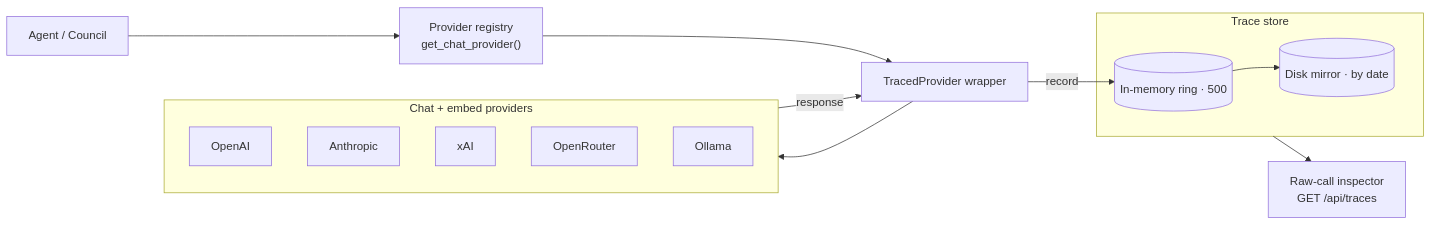
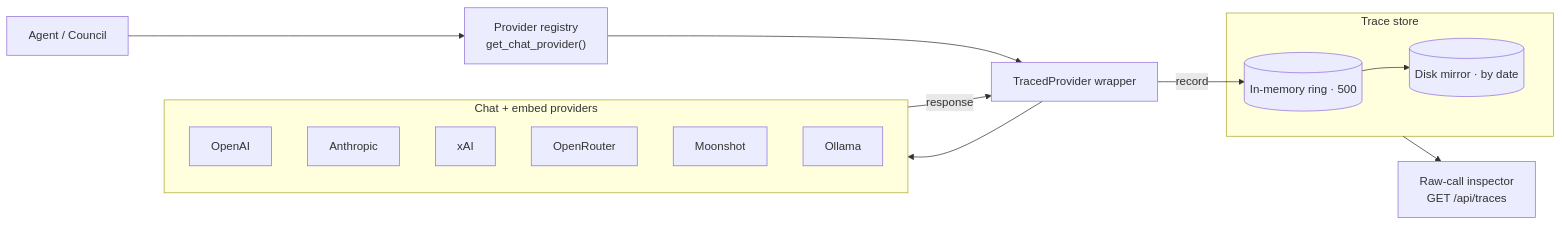
One commit to Mpawlowski5467/Loom changed the sixth of 7 diagrams in README.md. Above: the diagram before and after it, drawn with Mermaid. The commit also changed other lines of this file and 31 other files, not shown here.

````diff
--- a/README.md
+++ b/README.md
@@ -246,29 +247,30 @@
 ```mermaid
 flowchart LR
     Agent[Agent / Council]
     Registry["Provider registry<br/>get_chat_provider()"]
     Traced[TracedProvider wrapper]
 
     subgraph Providers["Chat + embed providers"]
         OpenAI
         Anthropic
         xAI
         OpenRouter
+        Moonshot
         Ollama
     end
 
     subgraph Store["Trace store"]
         Ring[(In-memory ring · 500)]
         Disk[(Disk mirror · by date)]
     end
 
     UI["Raw-call inspector<br/>GET /api/traces"]
 
     Agent --> Registry
     Registry --> Traced
     Traced --> Providers
     Providers -- response --> Traced
     Traced -- record --> Ring
     Ring --> Disk
     Store --> UI
 ```
````
